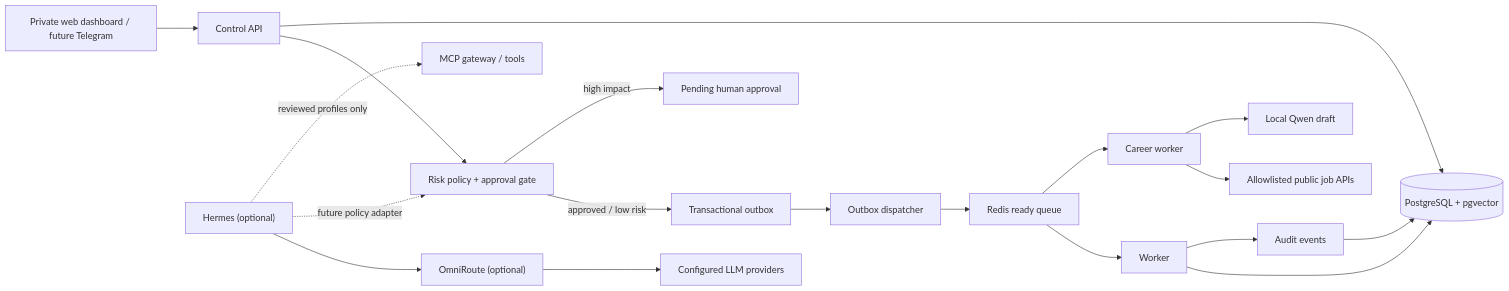
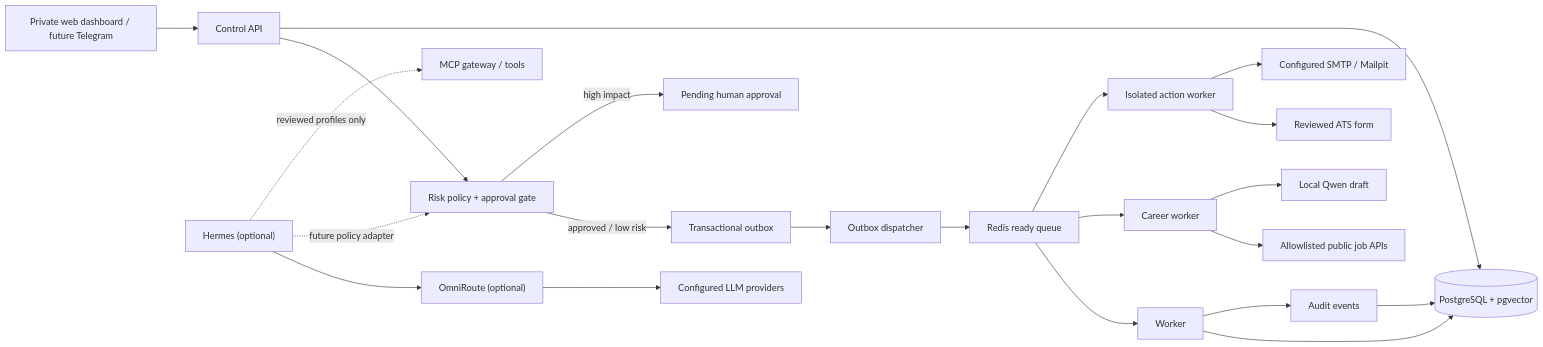
The diagram in README.md (ReaperXD67/autonomous-personal-agent), drawn with Mermaid before and after one commit. The commit also changed other lines of this file and 58 other files, not shown here.

````diff
--- a/README.md
+++ b/README.md
@@ -52,22 +56,25 @@
 ```mermaid
 flowchart LR
     U["Private web dashboard / future Telegram"] --> API["Control API"]
     API --> POLICY["Risk policy + approval gate"]
     POLICY -->|"approved / low risk"| OB["Transactional outbox"]
     POLICY -->|"high impact"| A["Pending human approval"]
     OB --> D["Outbox dispatcher"]
     D --> Q["Redis ready queue"]
     Q --> W["Worker"]
     Q --> JW["Career worker"]
+    Q --> AW["Isolated action worker"]
     JW --> JS["Allowlisted public job APIs"]
     JW --> LM["Local Qwen draft"]
+    AW --> ATS["Reviewed ATS form"]
+    AW --> SMTP["Configured SMTP / Mailpit"]
     API --> PG[("PostgreSQL + pgvector")]
     W --> PG
     W --> AUDIT["Audit events"]
     AUDIT --> PG
 
     H["Hermes (optional)"] --> O["OmniRoute (optional)"]
     O --> LLM["Configured LLM providers"]
     H -. "future policy adapter" .-> POLICY
     H -. "reviewed profiles only" .-> MCP["MCP gateway / tools"]
 ```
````
